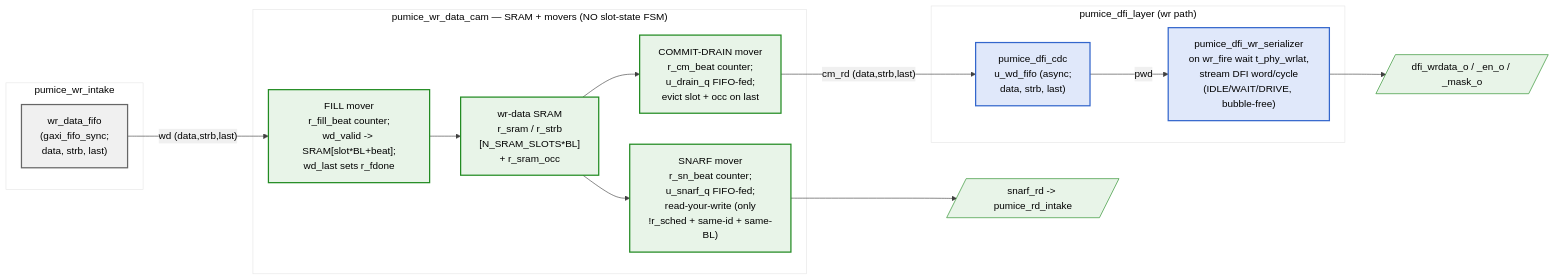
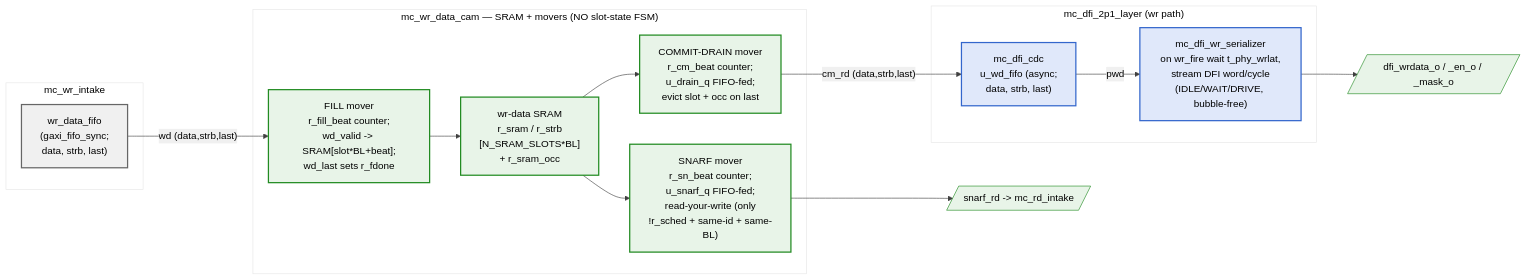
Before and after one commit to sean-galloway/RTLDesignSherpa: the diagram in projects/components/mem-ctrl-ip/research-ip/pumice-ddr2-lpddr2/docs/pumice_mas/assets/mermaid/15_wr_data_path_pipeline.mmd, drawn with Mermaid. The commit also changed 100 other files, not shown here.

```diff
--- a/projects/components/mem-ctrl-ip/research-ip/pumice-ddr2-lpddr2/docs/pumice_mas/assets/mermaid/15_wr_data_path_pipeline.mmd
+++ b/projects/components/mem-ctrl-ip/research-ip/pumice-ddr2-lpddr2/docs/pumice_mas/assets/mermaid/15_wr_data_path_pipeline.mmd
@@ -1,38 +1,38 @@
 %%{init: {'theme': 'base', 'themeVariables': { 'primaryColor': '#e8f4e8', 'primaryTextColor': '#000', 'primaryBorderColor': '#228B22', 'lineColor': '#404040', 'secondaryColor': '#f0f0f0', 'tertiaryColor': '#fff'}}}%%
 flowchart LR
-    subgraph INTK["pumice_wr_intake"]
+    subgraph INTK["mc_wr_intake"]
         wd_fifo["wr_data_fifo<br/>(gaxi_fifo_sync;<br/>data, strb, last)"]
     end
 
-    subgraph WRCAM["pumice_wr_data_cam — SRAM + movers (NO slot-state FSM)"]
+    subgraph WRCAM["mc_wr_data_cam — SRAM + movers (NO slot-state FSM)"]
         fill["FILL mover<br/>r_fill_beat counter;<br/>wd_valid -> SRAM[slot*BL+beat];<br/>wd_last sets r_fdone"]
         sram["wr-data SRAM<br/>r_sram / r_strb<br/>[N_SRAM_SLOTS*BL]<br/>+ r_sram_occ"]
         snarf["SNARF mover<br/>r_sn_beat counter;<br/>u_snarf_q FIFO-fed;<br/>read-your-write (only<br/>!r_sched + same-id + same-BL)"]
         drain["COMMIT-DRAIN mover<br/>r_cm_beat counter;<br/>u_drain_q FIFO-fed;<br/>evict slot + occ on last"]
     end
 
-    subgraph DFI["pumice_dfi_layer (wr path)"]
-        cdc["pumice_dfi_cdc<br/>u_wd_fifo (async;<br/>data, strb, last)"]
-        wr_ser["pumice_dfi_wr_serializer<br/>on wr_fire wait t_phy_wrlat,<br/>stream DFI word/cycle<br/>(IDLE/WAIT/DRIVE, bubble-free)"]
+    subgraph DFI["mc_dfi_2p1_layer (wr path)"]
+        cdc["mc_dfi_cdc<br/>u_wd_fifo (async;<br/>data, strb, last)"]
+        wr_ser["mc_dfi_wr_serializer<br/>on wr_fire wait t_phy_wrlat,<br/>stream DFI word/cycle<br/>(IDLE/WAIT/DRIVE, bubble-free)"]
     end
 
     dfi_pin[/"dfi_wrdata_o / _en_o / _mask_o"/]
-    rd_intk[/"snarf_rd -> pumice_rd_intake"/]
+    rd_intk[/"snarf_rd -> mc_rd_intake"/]
 
     wd_fifo -- "wd (data,strb,last)" --> fill
     fill --> sram
     sram --> snarf
     sram --> drain
     snarf --> rd_intk
 
     drain -- "cm_rd (data,strb,last)" --> cdc
     cdc -- "pwd" --> wr_ser
     wr_ser --> dfi_pin
 
     classDef intk fill:#f0f0f0,stroke:#666666,stroke-width:2px
     classDef cam fill:#e8f4e8,stroke:#228B22,stroke-width:2px
     classDef dfi fill:#e0e8fa,stroke:#3366CC,stroke-width:2px
 
     class wd_fifo intk
     class fill,sram,snarf,drain cam
     class cdc,wr_ser dfi
```
